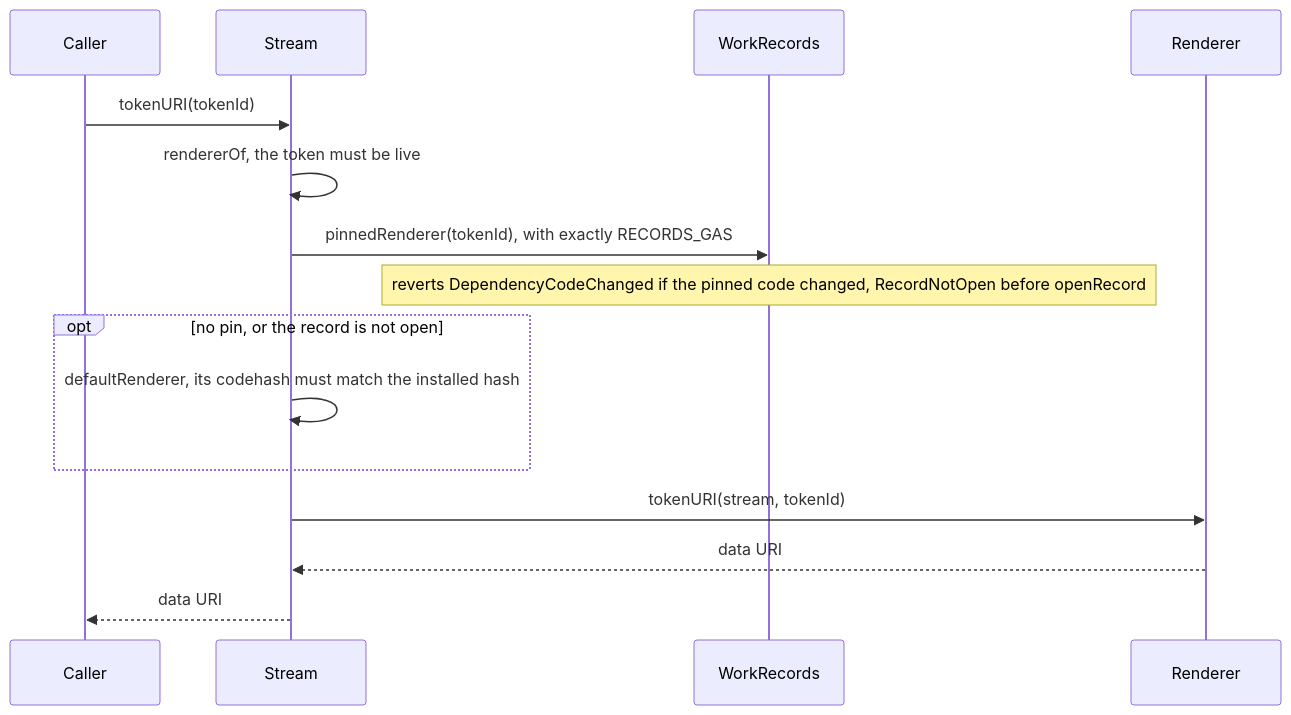
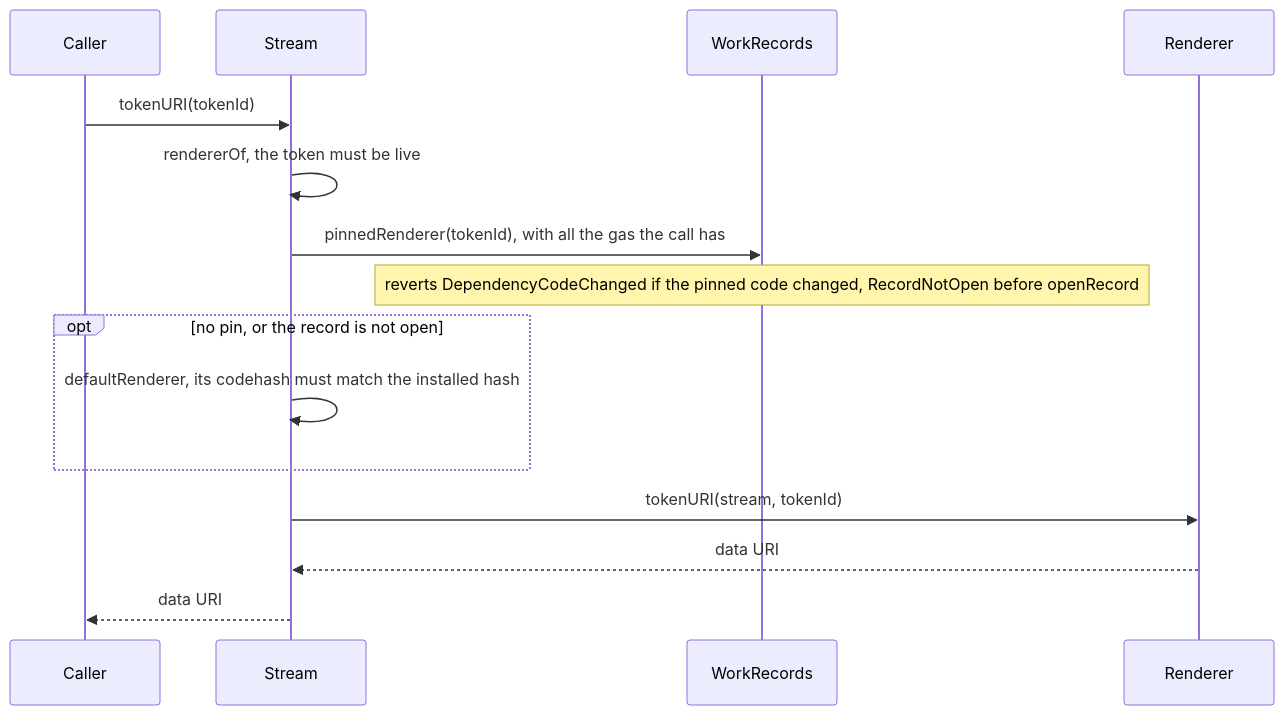
Before and after one commit to 6529-Collections/6529-works: the third of 6 diagrams in docs/spec/rendering-and-tokenuri.md, drawn with Mermaid. The commit also changed other lines of this file and 13 other files, not shown here.

````diff
--- a/docs/spec/rendering-and-tokenuri.md
+++ b/docs/spec/rendering-and-tokenuri.md
@@ -115,17 +115,17 @@
 ```mermaid
 sequenceDiagram
     participant C as Caller
     participant S as Stream
     participant W as WorkRecords
     participant R as Renderer
     C->>S: tokenURI(tokenId)
     S->>S: rendererOf, the token must be live
-    S->>W: pinnedRenderer(tokenId), with exactly RECORDS_GAS
+    S->>W: pinnedRenderer(tokenId), with all the gas the call has
     Note over W: reverts DependencyCodeChanged if the pinned code changed, RecordNotOpen before openRecord
     opt no pin, or the record is not open
         S->>S: defaultRenderer, its codehash must match the installed hash
     end
     S->>R: tokenURI(stream, tokenId)
     R-->>S: data URI
     S-->>C: data URI
 ```
````
